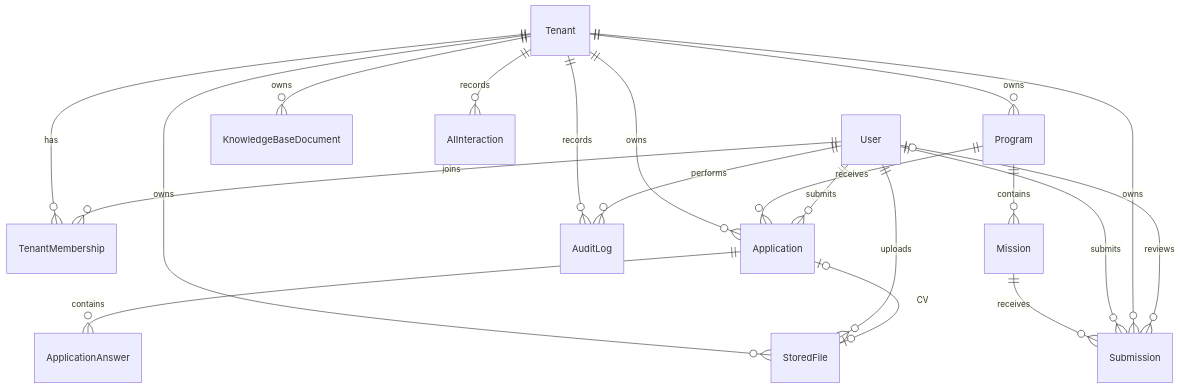
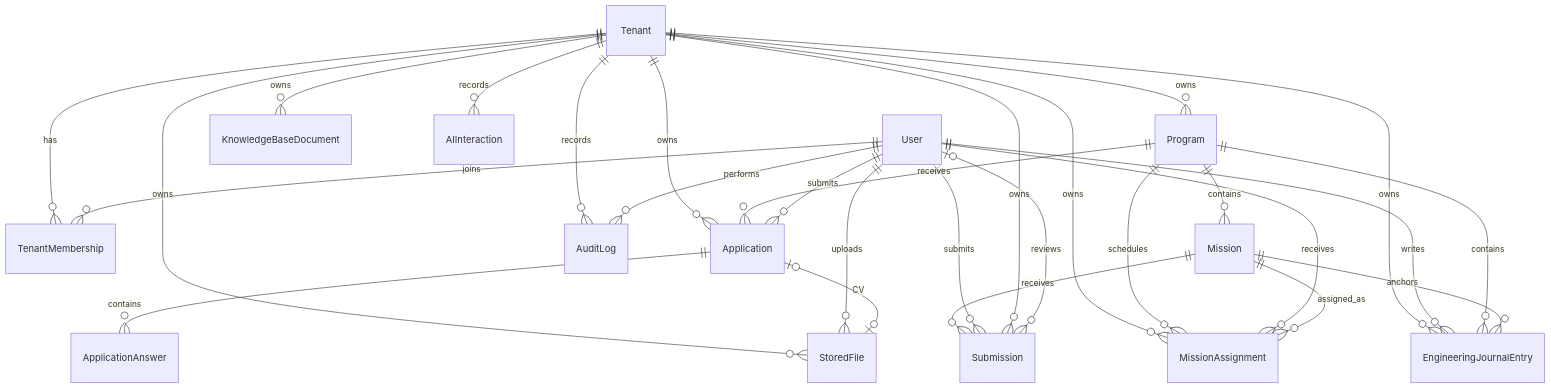
Before and after one commit to karimjindani/talentOS: the diagram in docs/Data_Model.md, drawn with Mermaid. The commit also changed other lines of this file and 48 other files, not shown here.

Commit message:
Implement Engineering Journal and mission assignment MVP

````diff
--- a/docs/Data_Model.md
+++ b/docs/Data_Model.md
@@ -85,22 +101,30 @@
 ```mermaid
 erDiagram
     Tenant ||--o{ TenantMembership : has
     User ||--o{ TenantMembership : joins
     Tenant ||--o{ Program : owns
     Tenant ||--o{ Application : owns
     Program ||--o{ Application : receives
     User ||--o{ Application : submits
     Application ||--o{ ApplicationAnswer : contains
     Tenant ||--o{ AuditLog : records
     User ||--o{ AuditLog : performs
     Program ||--o{ Mission : contains
     Mission ||--o{ Submission : receives
     User ||--o{ Submission : submits
     Tenant ||--o{ Submission : owns
     User |o--o{ Submission : reviews
+    Tenant ||--o{ MissionAssignment : owns
+    Program ||--o{ MissionAssignment : schedules
+    User ||--o{ MissionAssignment : receives
+    Mission ||--o{ MissionAssignment : assigned_as
+    Tenant ||--o{ EngineeringJournalEntry : owns
+    User ||--o{ EngineeringJournalEntry : writes
+    Program ||--o{ EngineeringJournalEntry : contains
+    Mission ||--o{ EngineeringJournalEntry : anchors
     Tenant ||--o{ KnowledgeBaseDocument : owns
     Tenant ||--o{ AIInteraction : records
     Tenant ||--o{ StoredFile : owns
     User ||--o{ StoredFile : uploads
     Application |o--o| StoredFile : "CV"
 ```
````
